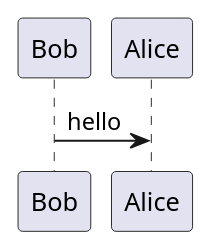
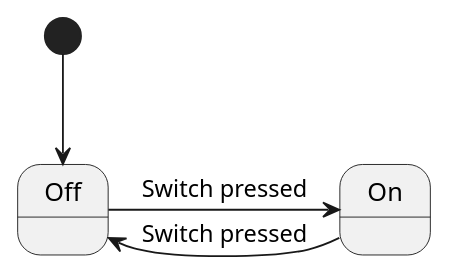
One commit to emmby/statesmith-simplified changed the diagram in docs/languages/javascript.md. Above: the diagram before and after it, drawn with PlantUML. The commit also changed other lines of this file, not shown here.

```diff
--- a/docs/languages/javascript.md
+++ b/docs/languages/javascript.md
@@ -15,3 +15,5 @@
 @startuml
-Bob -> Alice : hello
-@enduml  
+[*] --> Off
+Off -> On : Switch pressed
+On -> Off : Switch pressed
+@enduml
```
